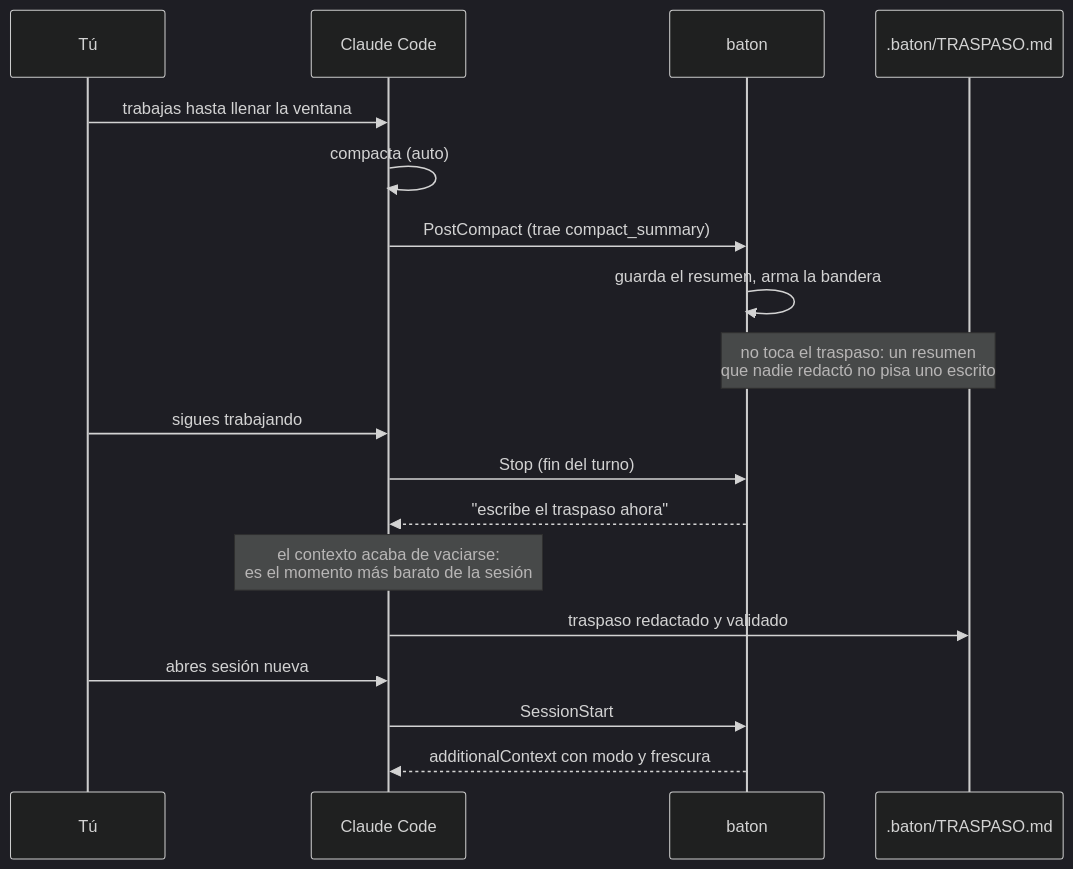
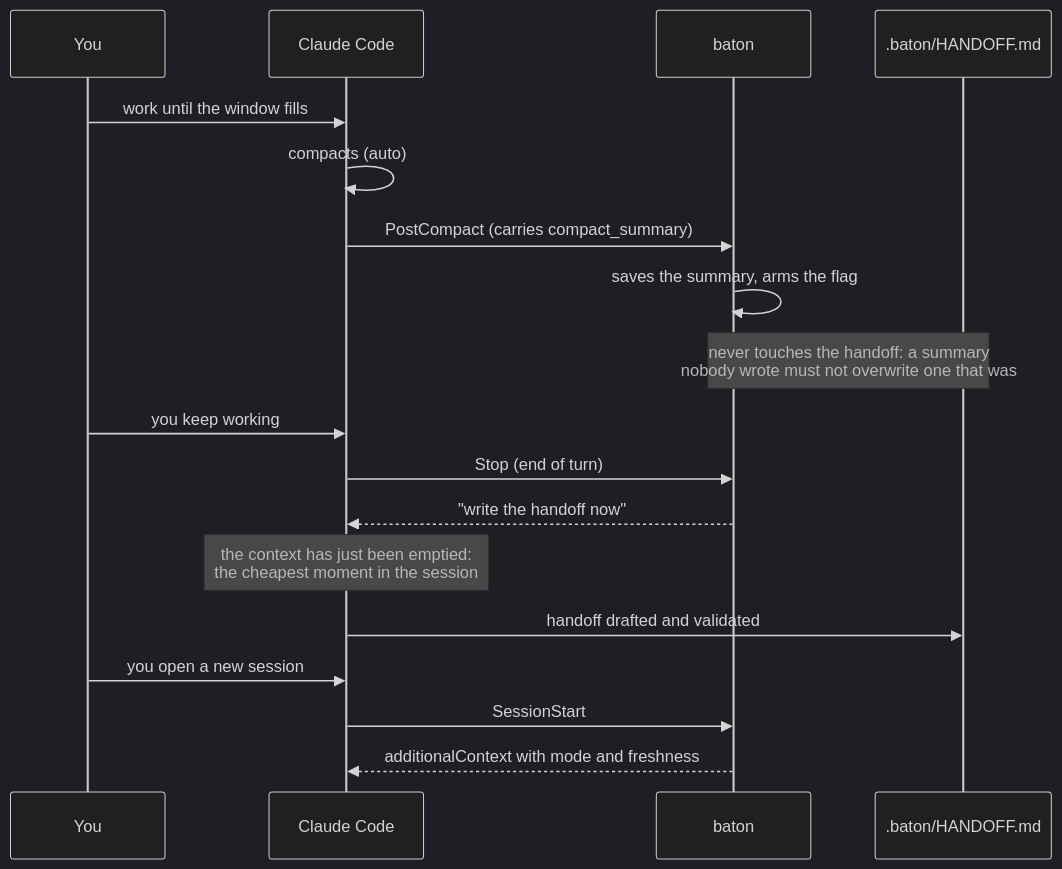
The fifth of 6 diagrams in README.md (mrshelll/baton), drawn with Mermaid (dark theme) before and after one commit. The commit also changed other lines of this file and 50 other files, not shown here.

First line of the commit message:
feat!: inglés como idioma del proyecto, con `language` para lo que se lee

````diff
--- a/README.md
+++ b/README.md
@@ -103,21 +105,21 @@
 ```mermaid
 sequenceDiagram
-    participant U as Tú
+    participant U as You
     participant CC as Claude Code
     participant B as baton
-    participant D as .baton/TRASPASO.md
+    participant D as .baton/HANDOFF.md
 
-    U->>CC: trabajas hasta llenar la ventana
-    CC->>CC: compacta (auto)
-    CC->>B: PostCompact (trae compact_summary)
-    B->>B: guarda el resumen, arma la bandera
-    Note over B,D: no toca el traspaso: un resumen<br/>que nadie redactó no pisa uno escrito
-    U->>CC: sigues trabajando
-    CC->>B: Stop (fin del turno)
-    B-->>CC: "escribe el traspaso ahora"
-    Note over CC: el contexto acaba de vaciarse:<br/>es el momento más barato de la sesión
-    CC->>D: traspaso redactado y validado
-    U->>CC: abres sesión nueva
+    U->>CC: work until the window fills
+    CC->>CC: compacts (auto)
+    CC->>B: PostCompact (carries compact_summary)
+    B->>B: saves the summary, arms the flag
+    Note over B,D: never touches the handoff: a summary<br/>nobody wrote must not overwrite one that was
+    U->>CC: you keep working
+    CC->>B: Stop (end of turn)
+    B-->>CC: "write the handoff now"
+    Note over CC: the context has just been emptied:<br/>the cheapest moment in the session
+    CC->>D: handoff drafted and validated
+    U->>CC: you open a new session
     CC->>B: SessionStart
-    B-->>CC: additionalContext con modo y frescura
+    B-->>CC: additionalContext with mode and freshness
 ```
````
